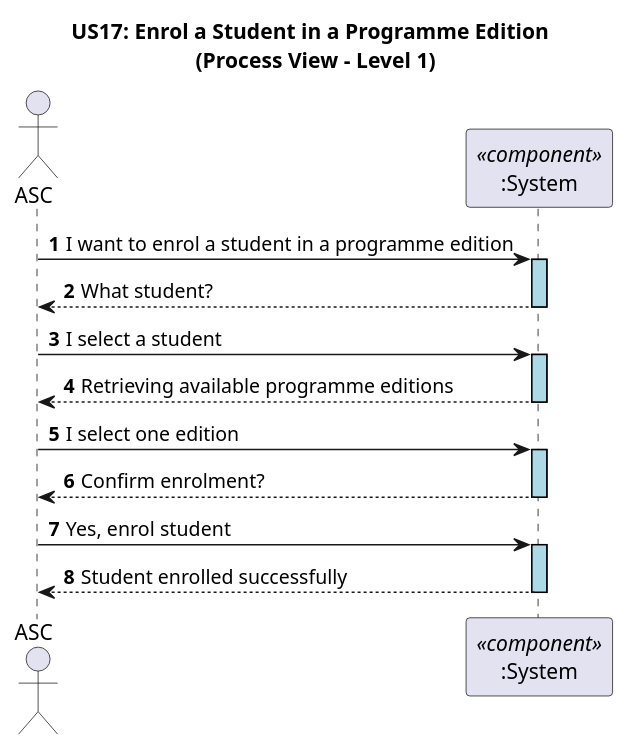
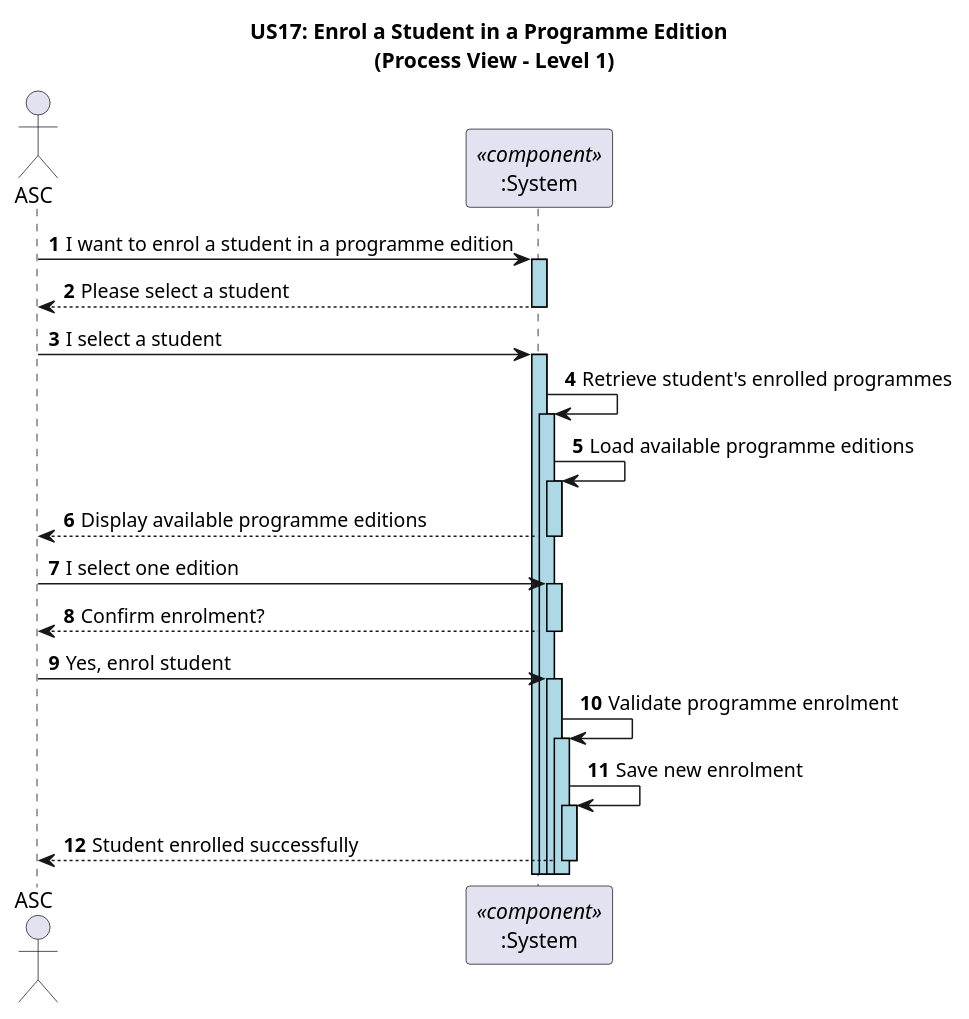
The diagram in docs/US17/Sprint_6_RestAPI/ProcessView/US17_RestAPI_ProcessView_Level1.puml (GasparISEP/DevOps-PAI), drawn with PlantUML before and after one commit. The commit also changed other lines of this file, not shown here.

Commit message:
#500 #587 Update US17_RestAPI_ProcessView_Level1.puml

```diff
--- a/docs/US17/Sprint_6_RestAPI/ProcessView/US17_RestAPI_ProcessView_Level1.puml
+++ b/docs/US17/Sprint_6_RestAPI/ProcessView/US17_RestAPI_ProcessView_Level1.puml
@@ -1,30 +1,36 @@
 @startuml
 
 ' US17 - Enrol a Student in a Programme Edition
 ' Process View - Level 1 (C4 Level 1 Style)
 
 autonumber
 
 skinparam sequence {
    LifelineBorderColor black
    LifelineBackgroundColor LightBlue
 }
 
 title US17: Enrol a Student in a Programme Edition \n (Process View - Level 1)
 
 actor ASC
 participant ":System" as System <<component>>
 
 ASC -> System ++: I want to enrol a student in a programme edition
-System --> ASC --: What student?
+System --> ASC --: Please select a student
+
 ASC -> System ++: I select a student
+System -> System ++: Retrieve student's enrolled programmes
+System -> System ++: Load available programme editions
 
-System --> ASC --: Retrieving available programme editions
+System --> ASC --: Display available programme editions
 ASC -> System ++: I select one edition
 
 System --> ASC --: Confirm enrolment?
 ASC -> System ++: Yes, enrol student
 
+System -> System ++: Validate programme enrolment
+System -> System ++: Save new enrolment
+
 System --> ASC --: Student enrolled successfully
 
 @enduml
```
